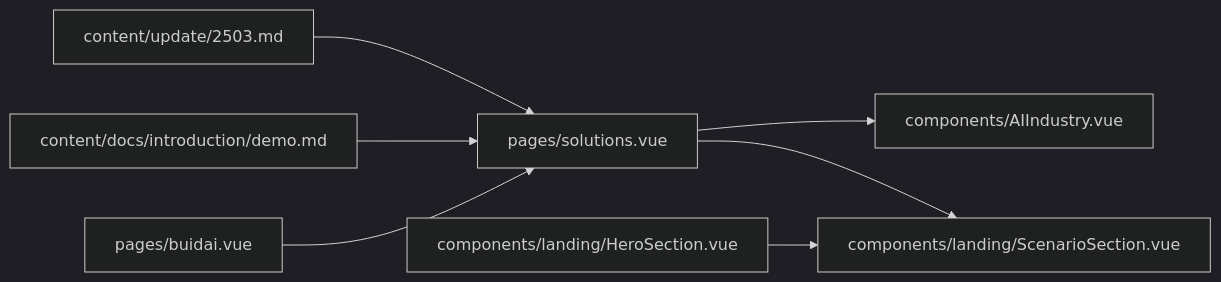
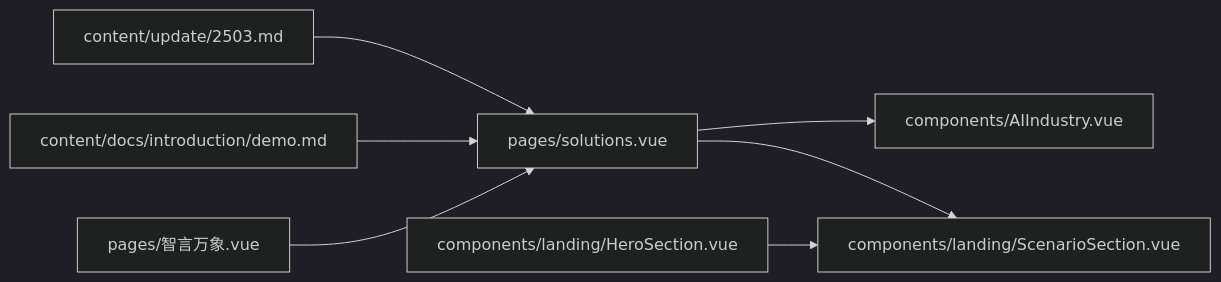
One commit to lllyyysss77/buidai changed the sixth of 6 diagrams in .qoder/repowiki/zh/content/核心功能/行业场景解决方案/企业级组织管理模块/行业落地实践.md. Above: the diagram before and after it, drawn with Mermaid (dark theme). The commit also changed other lines of this file and 163 other files, not shown here.

````diff
--- a/.qoder/repowiki/zh/content/核心功能/行业场景解决方案/企业级组织管理模块/行业落地实践.md
+++ b/.qoder/repowiki/zh/content/核心功能/行业场景解决方案/企业级组织管理模块/行业落地实践.md
@@ -254,9 +254,9 @@
 ```mermaid
 graph LR
 S["pages/solutions.vue"] --> I["components/AIIndustry.vue"]
 S --> SC["components/landing/ScenarioSection.vue"]
 HS["components/landing/HeroSection.vue"] --> SC
 UP["content/update/2503.md"] --> S
 DM["content/docs/introduction/demo.md"] --> S
-BI["pages/buidai.vue"] --> S
+BI["pages/智言万象.vue"] --> S
 ```
````
